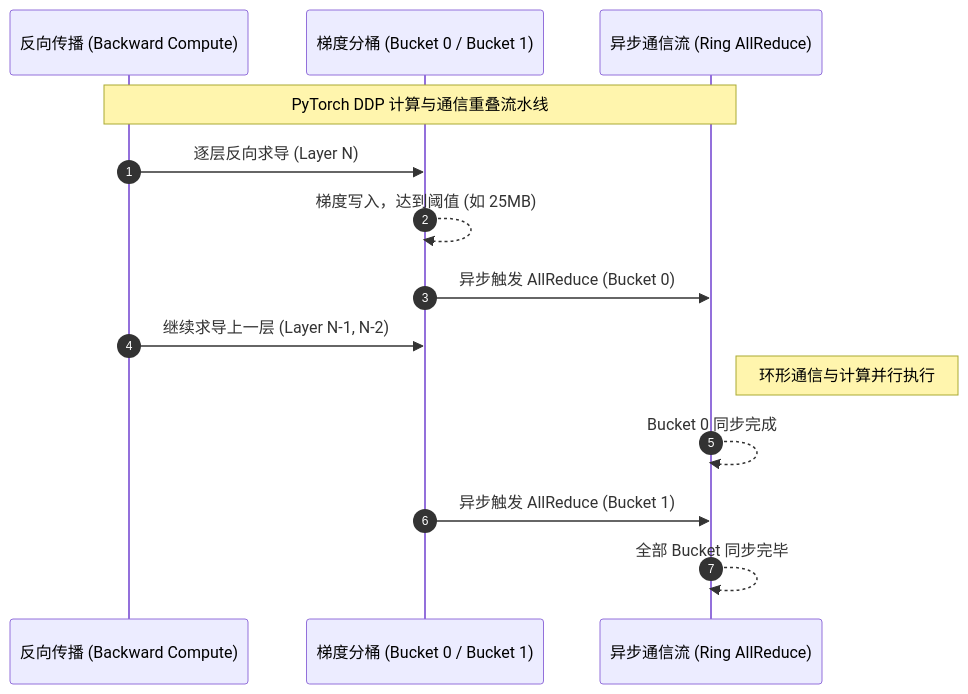
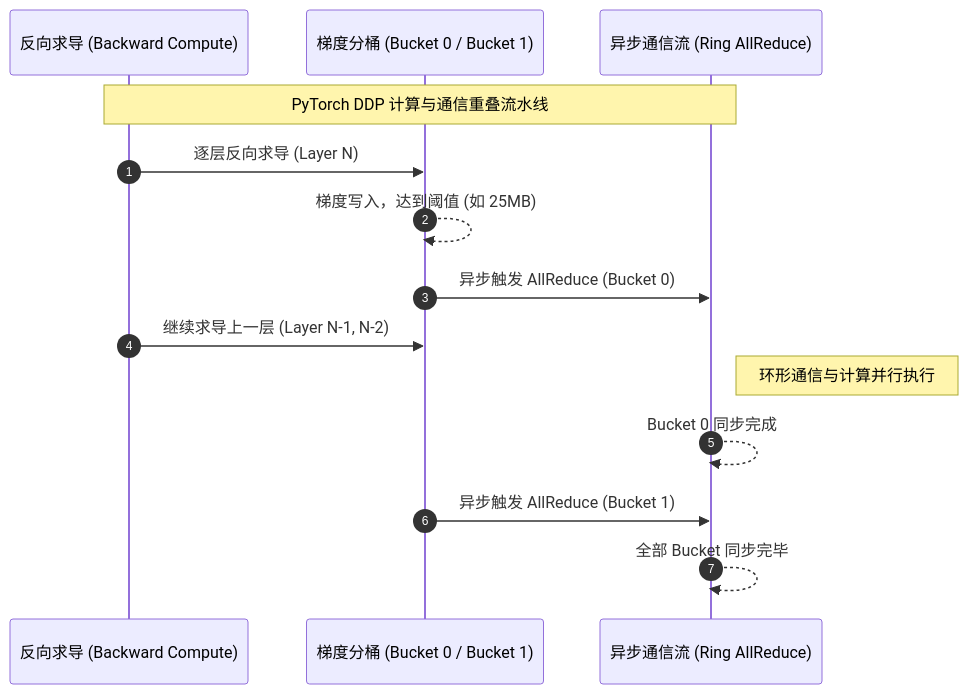
The second of 3 diagrams in train/lesson04.qmd (hsthanb4/hpclearning), drawn with Mermaid before and after one commit. The commit also changed other lines of this file and 205 other files, not shown here.

````diff
--- a/train/lesson04.qmd
+++ b/train/lesson04.qmd
@@ -38,16 +54,16 @@
-```{mermaid}
+```mermaid
 sequenceDiagram
     autonumber
-    participant B as 反向传播 (Backward Compute)
+    participant B as 反向求导 (Backward Compute)
     participant Bucket as 梯度分桶 (Bucket 0 / Bucket 1)
     participant NCCL as 异步通信流 (Ring AllReduce)
     Note over B,NCCL: PyTorch DDP 计算与通信重叠流水线
     B->>Bucket: 逐层反向求导 (Layer N)
     Bucket-->>Bucket: 梯度写入，达到阈值 (如 25MB)
     Bucket->>NCCL: 异步触发 AllReduce (Bucket 0)
     B->>Bucket: 继续求导上一层 (Layer N-1, N-2)
     Note right of NCCL: 环形通信与计算并行执行
     NCCL-->>NCCL: Bucket 0 同步完成
     Bucket->>NCCL: 异步触发 AllReduce (Bucket 1)
     NCCL-->>NCCL: 全部 Bucket 同步完毕
 ```
````
